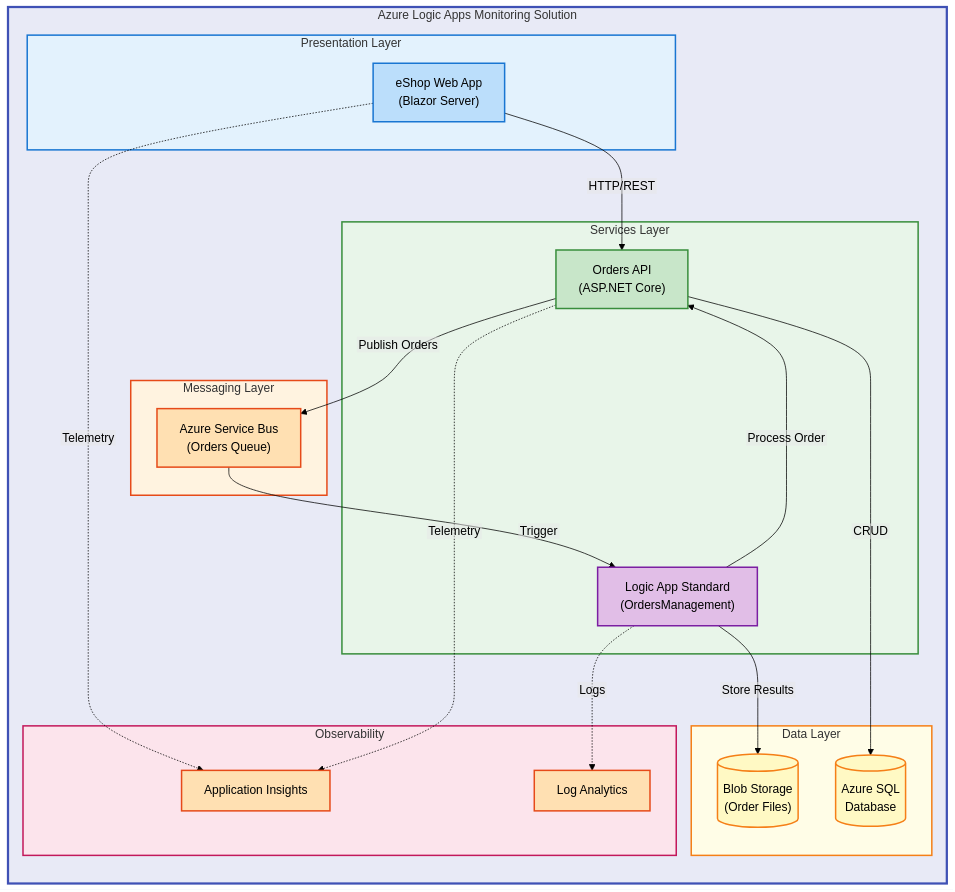
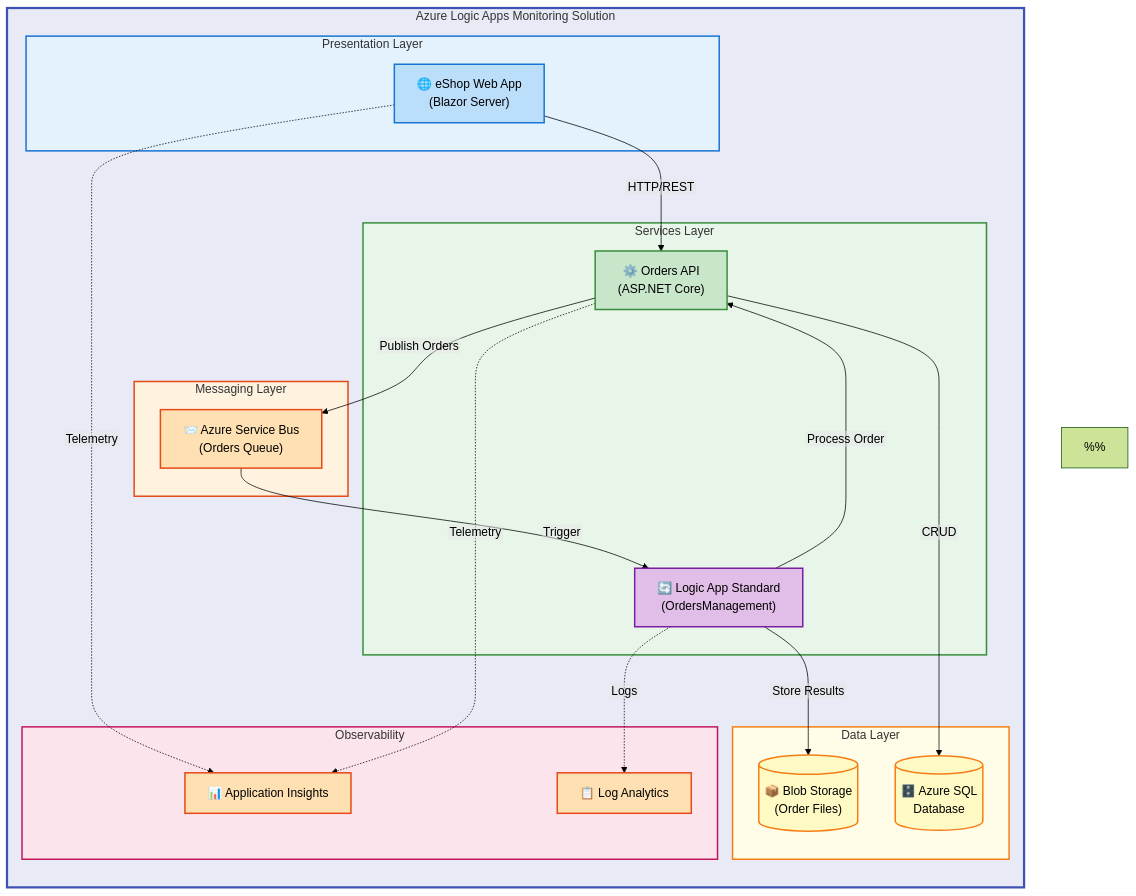
Before and after one commit to Evilazaro/Azure-LogicApps-Monitoring: the diagram in README.md, drawn with Mermaid (forest theme).

Commit message:
Enhance README.md: add detailed color scheme documentation and update flowchart icons for improved clarity

````diff
--- a/README.md
+++ b/README.md
@@ -38,55 +38,77 @@
 ```mermaid
 %%{init: {"flowchart": {"htmlLabels": false}} }%%
 flowchart TB
+    %% ============================================
+    %% COLOR SCHEME DOCUMENTATION (v2.1)
+    %% ============================================
+    %% Level 1 (Main Container): Indigo 50 (#E8EAF6)
+    %%   - system: Top-level solution boundary
+    %%   - Stroke: Indigo 500 (#3F51B5), 3px
+    %%
+    %% Level 2 (Functional Siblings - Semantic Colors):
+    %%   - presentation: Blue (#E3F2FD) - UI/Frontend
+    %%   - services: Green (#E8F5E9) - Workload/Backend
+    %%   - messaging: Orange (#FFF3E0) - Async Processing
+    %%   - data: Yellow (#FFFDE7) - Data Storage
+    %%   - observability: Pink (#FCE4EC) - Monitoring
+    %%
+    %% Level 3 (Content Nodes): Material Design semantic colors
+    %%   - mdBlue: Info/Neutral components
+    %%   - mdGreen: Success/Active services
+    %%   - mdOrange: Process/Messaging
+    %%   - mdPurple: Workflow/Orchestration
+    %%   - mdYellow: Data/Storage
+    %% ============================================
+
     classDef mainGroup fill:#E8EAF6,stroke:#3F51B5,stroke-width:3px,color:#000
     classDef mdBlue fill:#BBDEFB,stroke:#1976D2,stroke-width:2px,color:#000
     classDef mdGreen fill:#C8E6C9,stroke:#388E3C,stroke-width:2px,color:#000
     classDef mdOrange fill:#FFE0B2,stroke:#E64A19,stroke-width:2px,color:#000
     classDef mdPurple fill:#E1BEE7,stroke:#7B1FA2,stroke-width:2px,color:#000
     classDef mdYellow fill:#FFF9C4,stroke:#F57F17,stroke-width:2px,color:#000
 
     subgraph system["Azure Logic Apps Monitoring Solution"]
         direction TB
 
         subgraph presentation["Presentation Layer"]
-            webApp["eShop Web App<br/>(Blazor Server)"]:::mdBlue
+            webApp["🌐 eShop Web App<br/>(Blazor Server)"]:::mdBlue
         end
 
         subgraph services["Services Layer"]
-            ordersApi["Orders API<br/>(ASP.NET Core)"]:::mdGreen
-            logicApp["Logic App Standard<br/>(OrdersManagement)"]:::mdPurple
+            ordersApi["⚙️ Orders API<br/>(ASP.NET Core)"]:::mdGreen
+            logicApp["🔄 Logic App Standard<br/>(OrdersManagement)"]:::mdPurple
         end
 
         subgraph messaging["Messaging Layer"]
-            serviceBus["Azure Service Bus<br/>(Orders Queue)"]:::mdOrange
+            serviceBus["📨 Azure Service Bus<br/>(Orders Queue)"]:::mdOrange
         end
 
         subgraph data["Data Layer"]
-            sqlDb[("Azure SQL<br/>Database")]:::mdYellow
-            blobStorage[("Blob Storage<br/>(Order Files)")]:::mdYellow
+            sqlDb[("🗄️ Azure SQL<br/>Database")]:::mdYellow
+            blobStorage[("📦 Blob Storage<br/>(Order Files)")]:::mdYellow
         end
 
         subgraph observability["Observability"]
-            appInsights["Application Insights"]:::mdOrange
-            logAnalytics["Log Analytics"]:::mdOrange
+            appInsights["📊 Application Insights"]:::mdOrange
+            logAnalytics["📋 Log Analytics"]:::mdOrange
         end
 
         webApp -->|"HTTP/REST"| ordersApi
         ordersApi -->|"Publish Orders"| serviceBus
         serviceBus -->|"Trigger"| logicApp
         logicApp -->|"Process Order"| ordersApi
         logicApp -->|"Store Results"| blobStorage
         ordersApi -->|"CRUD"| sqlDb
 
         webApp -.->|"Telemetry"| appInsights
         ordersApi -.->|"Telemetry"| appInsights
         logicApp -.->|"Logs"| logAnalytics
     end
 
     style system fill:#E8EAF6,stroke:#3F51B5,stroke-width:3px
     style presentation fill:#E3F2FD,stroke:#1976D2,stroke-width:2px
     style services fill:#E8F5E9,stroke:#388E3C,stroke-width:2px
     style messaging fill:#FFF3E0,stroke:#E64A19,stroke-width:2px
     style data fill:#FFFDE7,stroke:#F57F17,stroke-width:2px
     style observability fill:#FCE4EC,stroke:#C2185B,stroke-width:2px
 ```
````
